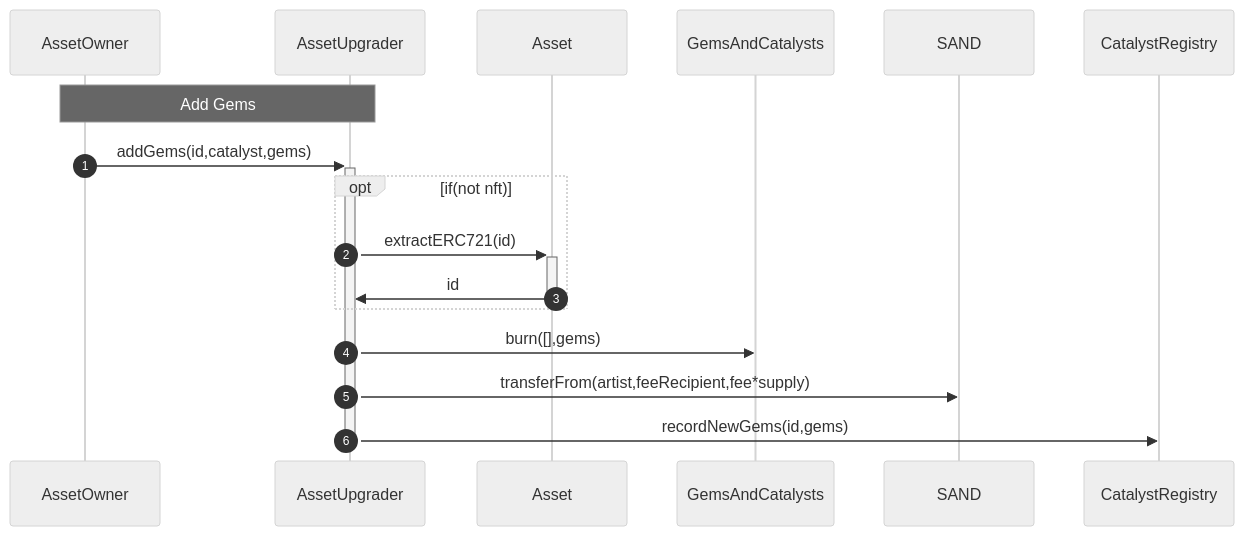
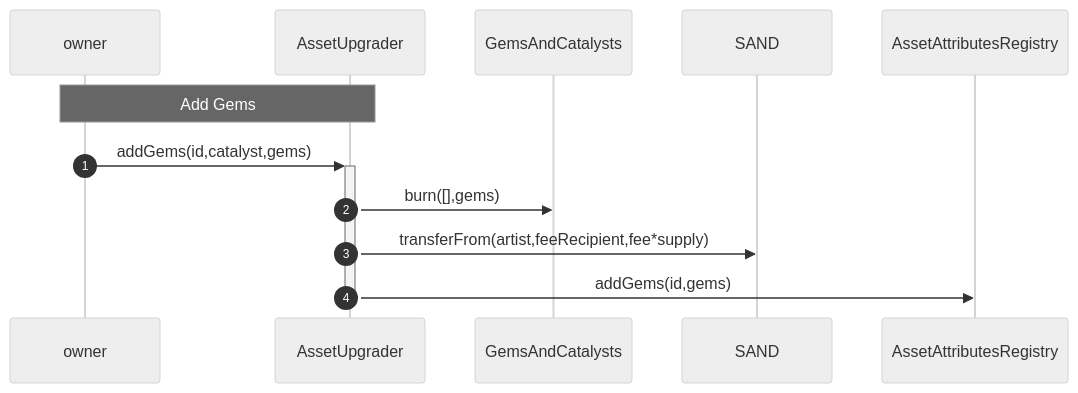
One commit to block-ninja/sandbox-smart-contracts changed the diagram in documentation/diagrams/catalysts/add_gems.mmd. Above: the diagram before and after it, drawn with Mermaid (neutral theme). The commit also changed 7 other files, not shown here.

```diff
--- a/documentation/diagrams/catalysts/add_gems.mmd
+++ b/documentation/diagrams/catalysts/add_gems.mmd
@@ -1,12 +1,8 @@
 sequenceDiagram
 autonumber
 
-    Note over AssetOwner, AssetUpgrader: Add Gems
-    AssetOwner->>+AssetUpgrader:addGems(id,catalyst,gems)
-    opt if(not nft)
-        AssetUpgrader->>+Asset:extractERC721(id)
-        Asset->>-AssetUpgrader:id
-    end
+    Note over owner, AssetUpgrader: Add Gems
+    owner->>+AssetUpgrader:addGems(id,catalyst,gems)
     AssetUpgrader->>GemsAndCatalysts:burn([],gems)
     AssetUpgrader->>SAND:transferFrom(artist,feeRecipient,fee*supply)
-    AssetUpgrader->>-CatalystRegistry:recordNewGems(id,gems)
+    AssetUpgrader->>-AssetAttributesRegistry:addGems(id,gems)
```
